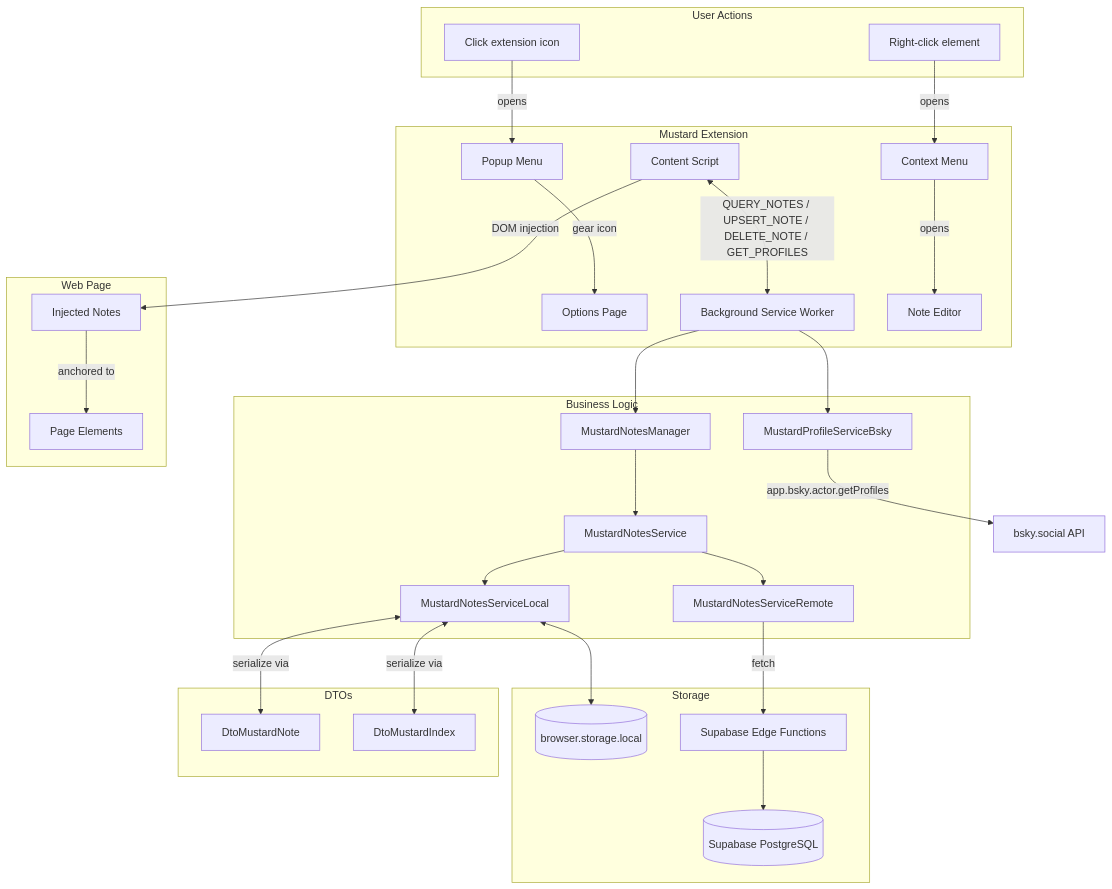
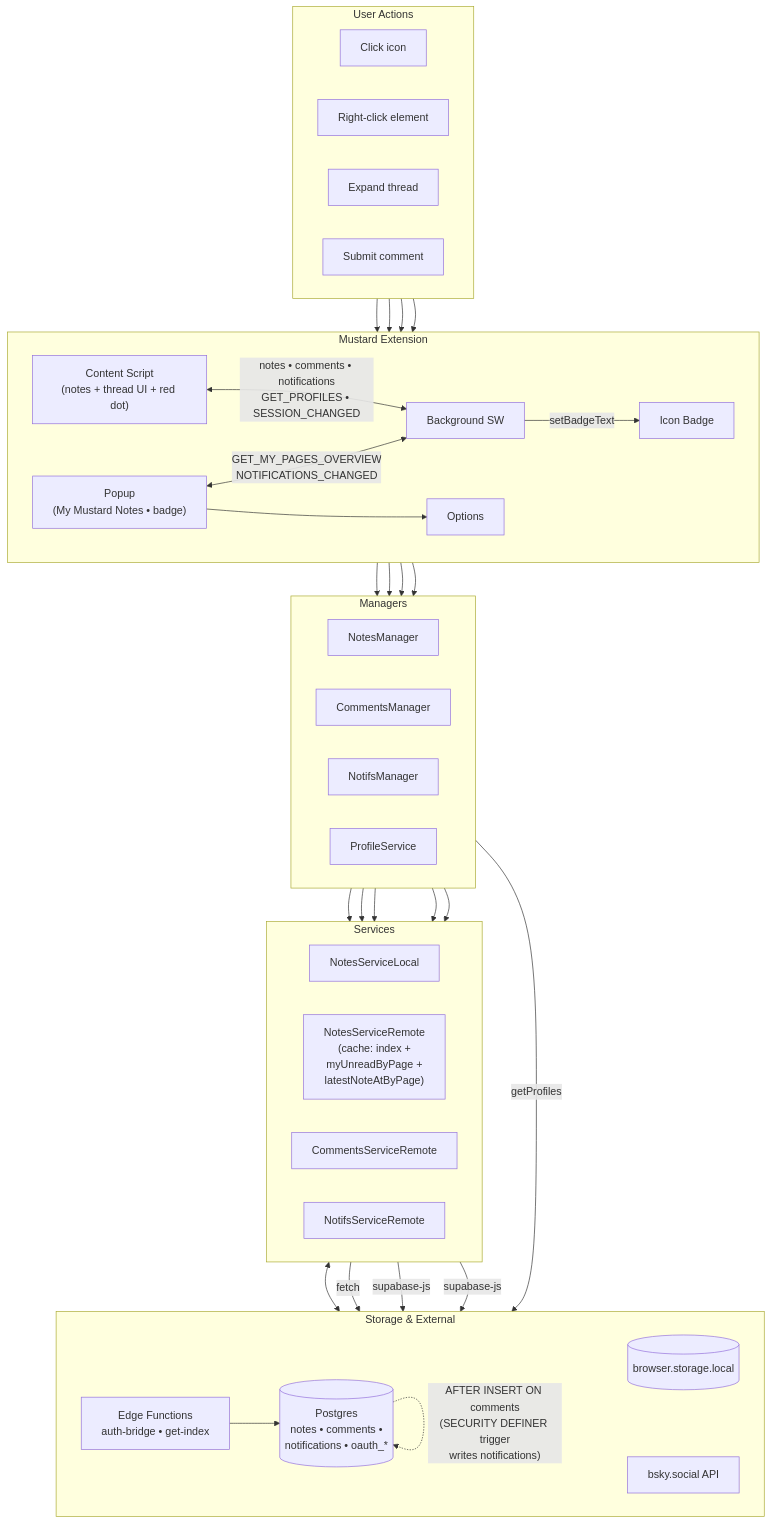
The first of 2 diagrams in PROGRESS.md (fettstorch/mustard), drawn with Mermaid before and after one commit. The commit also changed other lines of this file and 26 other files, not shown here.

Commit message:
Add comments and notifications support to Mustard

````diff
--- a/PROGRESS.md
+++ b/PROGRESS.md
@@ -7,64 +7,74 @@
 ```mermaid
 flowchart TB
     subgraph User["User Actions"]
-        Click["Click extension icon"]
+        direction LR
+        Click["Click icon"]
         RightClick["Right-click element"]
+        Expand["Expand thread"]
+        Comment["Submit comment"]
     end
 
     subgraph Extension["Mustard Extension"]
-        Popup["Popup Menu"]
-        Options["Options Page"]
-        BG["Background Service Worker"]
-        CS["Content Script"]
-        CtxMenu["Context Menu"]
-        NoteEditor["Note Editor"]
+        direction LR
+        Popup["Popup<br/>(My Mustard Notes • badge)"]
+        Options["Options"]
+        CS["Content Script<br/>(notes + thread UI + red dot)"]
+        Badge["Icon Badge"]
+        BG["Background SW"]
     end
 
-    subgraph Business["Business Logic"]
-        Manager["MustardNotesManager"]
-        ServiceInterface["MustardNotesService"]
-        LocalService["MustardNotesServiceLocal"]
-        RemoteService["MustardNotesServiceRemote"]
-        ProfileService["MustardProfileServiceBsky"]
+    subgraph Managers["Managers"]
+        direction LR
+        NotesManager["NotesManager"]
+        CommentsManager["CommentsManager"]
+        NotifsManager["NotifsManager"]
+        ProfileService["ProfileService"]
     end
 
-    subgraph Storage["Storage"]
-        ChromeStorage[("browser.storage.local")]
-        Supabase["Supabase Edge Functions"]
-        DB[("Supabase PostgreSQL")]
+    subgraph Svcs["Services"]
+        direction LR
+        LocalSvc["NotesServiceLocal"]
+        RemoteSvc["NotesServiceRemote<br/>(cache: index +<br/>myUnreadByPage +<br/>latestNoteAtByPage)"]
+        CommentsSvc["CommentsServiceRemote"]
+        NotifsSvc["NotifsServiceRemote"]
     end
 
-    subgraph DTOs["DTOs"]
-        DtoNote["DtoMustardNote"]
-        DtoIndex["DtoMustardIndex"]
+    subgraph Storage["Storage & External"]
+        direction LR
+        ChromeStorage[("browser.storage.local")]
+        EdgeFns["Edge Functions<br/>auth-bridge • get-index"]
+        DB[("Postgres<br/>notes • comments •<br/>notifications • oauth_*")]
+        BSkyAPI["bsky.social API"]
     end
 
-    subgraph Page["Web Page"]
-        Elements["Page Elements"]
-        Notes["Injected Notes"]
-    end
+    %% Layer flow
+    Click --> Popup
+    RightClick --> CS
+    Expand --> CS
+    Comment --> CS
 
-    Click -->|"opens"| Popup
-    Popup -->|"gear icon"| Options
-    RightClick -->|"opens"| CtxMenu
-    CtxMenu -->|"opens"| NoteEditor
+    Popup <-->|"GET_MY_PAGES_OVERVIEW<br/>NOTIFICATIONS_CHANGED"| BG
+    Popup --> Options
+    CS <-->|"notes • comments • notifications<br/>GET_PROFILES • SESSION_CHANGED"| BG
+    BG -->|"setBadgeText"| Badge
 
-    CS <-->|"QUERY_NOTES / UPSERT_NOTE / DELETE_NOTE / GET_PROFILES"| BG
-    BG --> Manager
+    BG --> NotesManager
+    BG --> CommentsManager
+    BG --> NotifsManager
     BG --> ProfileService
-    ProfileService -->|"app.bsky.actor.getProfiles"| BSkyAPI["bsky.social API"]
-    Manager --> ServiceInterface
-    ServiceInterface --> LocalService
-    ServiceInterface --> RemoteService
 
-    LocalService <-->|"serialize via"| DtoNote
-    LocalService <-->|"serialize via"| DtoIndex
-    LocalService <--> ChromeStorage
+    NotesManager --> LocalSvc
+    NotesManager --> RemoteSvc
+    CommentsManager --> CommentsSvc
+    NotifsManager --> NotifsSvc
+    NotifsManager --> RemoteSvc
 
-    RemoteService -->|"fetch"| Supabase
-    Supabase --> DB
+    LocalSvc <--> ChromeStorage
+    RemoteSvc -->|"fetch"| EdgeFns
+    CommentsSvc -->|"supabase-js"| DB
+    NotifsSvc -->|"supabase-js"| DB
+    EdgeFns --> DB
+    ProfileService -->|"getProfiles"| BSkyAPI
 
-    CS -->|"DOM injection"| Notes
-    Notes -->|"anchored to"| Elements
-
+    DB -.->|"AFTER INSERT ON comments<br/>(SECURITY DEFINER trigger<br/>writes notifications)"| DB
 ```
````
